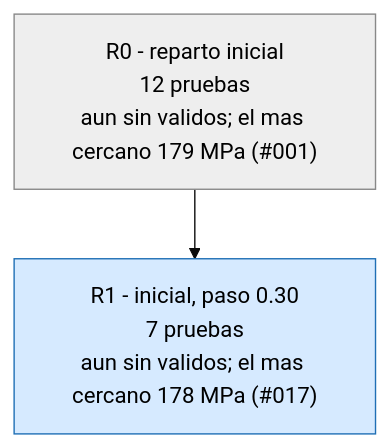
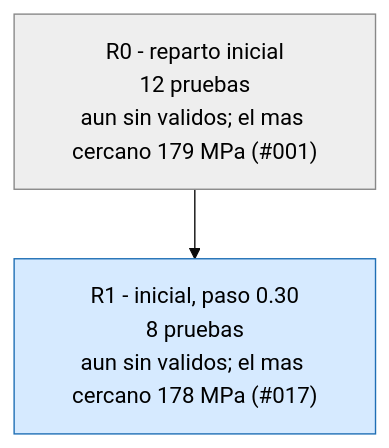
The second of 3 diagrams in runs/opt_37800N/ARBOL.md (Hugiko/msd-soporte-optimizacion), drawn with Mermaid (base theme) before and after one commit. The commit also changed 22 other files, not shown here.

````diff
--- a/runs/opt_37800N/ARBOL.md
+++ b/runs/opt_37800N/ARBOL.md
@@ -21,9 +21,9 @@
 ```mermaid
 graph TD
 classDef activa fill:#d6eaff,stroke:#1f6fb5,color:#000
 classDef fin fill:#eeeeee,stroke:#888,color:#000
 classDef mejor fill:#c8f0c0,stroke:#1a9850,stroke-width:4px,color:#000
 R0["R0 - reparto inicial<br/>12 pruebas<br/>aun sin validos; el mas cercano 179 MPa (#001)"]:::fin
-R1["R1 - inicial, paso 0.30<br/>7 pruebas<br/>aun sin validos; el mas cercano 178 MPa (#017)"]:::activa
+R1["R1 - inicial, paso 0.30<br/>8 pruebas<br/>aun sin validos; el mas cercano 178 MPa (#017)"]:::activa
 R0 --> R1
 ```
````
